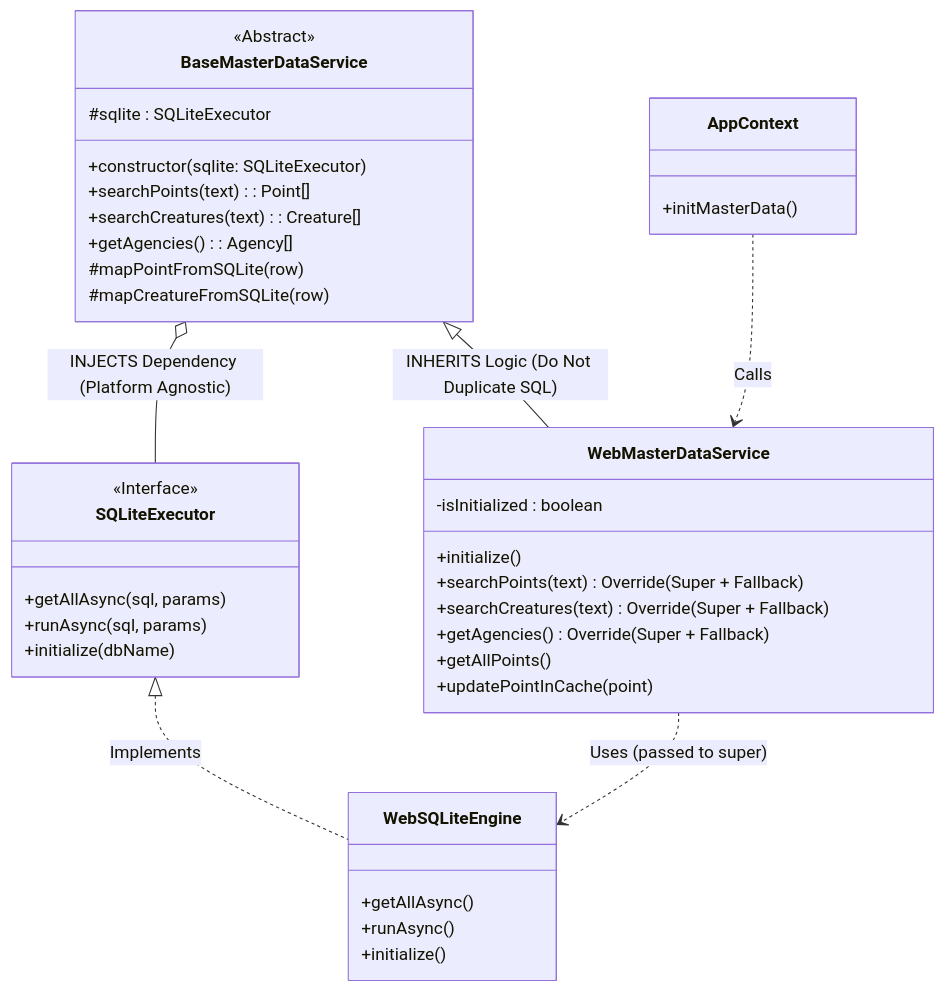
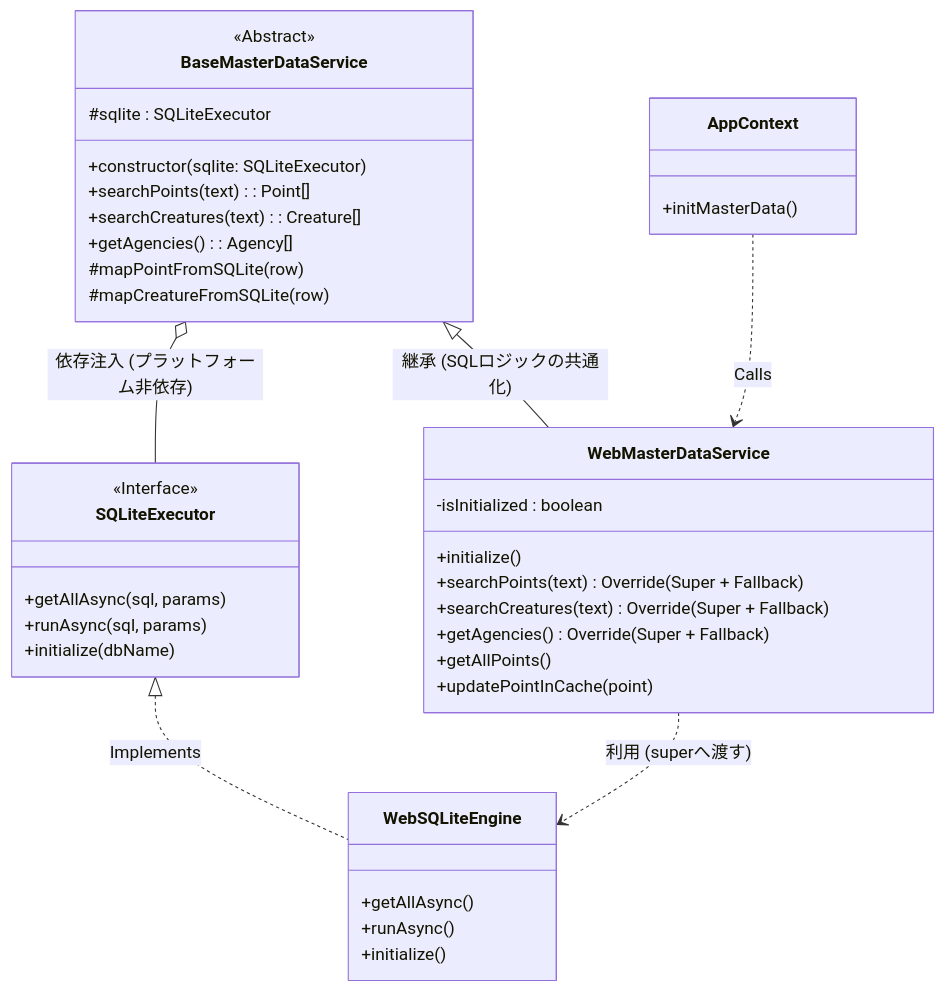
One commit to cloud-solutions-ttakeuchi/wedive changed the fifth of 8 diagrams in DATABASE_DESIGN.md. Above: the diagram before and after it, drawn with Mermaid. The commit also changed other lines of this file, not shown here.

````diff
--- a/DATABASE_DESIGN.md
+++ b/DATABASE_DESIGN.md
@@ -668,50 +682,50 @@
 ```mermaid
 classDiagram
-    %% --- Abstractions (Shared Library: wedive-shared) ---
+    %% --- 抽象層 (Shared Library: wedive-shared) ---
     class SQLiteExecutor {
         <<Interface>>
         +getAllAsync(sql, params)
         +runAsync(sql, params)
         +initialize(dbName)
     }
 
     class BaseMasterDataService {
         <<Abstract>>
         #sqlite : SQLiteExecutor
         +constructor(sqlite: SQLiteExecutor)
         +searchPoints(text) : Point[]
         +searchCreatures(text) : Creature[]
         +getAgencies() : Agency[]
         #mapPointFromSQLite(row)
         #mapCreatureFromSQLite(row)
     }
 
-    %% --- Implementations (Web/App Local) ---
+    %% --- 実装層 (Web/App Local) ---
     class WebSQLiteEngine {
         +getAllAsync()
         +runAsync()
         +initialize()
     }
     
     class WebMasterDataService {
         -isInitialized : boolean
         +initialize()
         +searchPoints(text) : Override (Super + Fallback)
         +searchCreatures(text) : Override (Super + Fallback)
         +getAgencies() : Override (Super + Fallback)
         +getAllPoints()
         +updatePointInCache(point)
     }
 
-    %% --- Dependencies & Inheritance ---
+    %% --- 依存と継承 ---
     SQLiteExecutor <|.. WebSQLiteEngine : Implements
-    BaseMasterDataService <|-- WebMasterDataService : INHERITS Logic (Do Not Duplicate SQL)
-    BaseMasterDataService o-- SQLiteExecutor : INJECTS Dependency (Platform Agnostic)
-    WebMasterDataService ..> WebSQLiteEngine : Uses (passed to super)
+    BaseMasterDataService <|-- WebMasterDataService : 継承 (SQLロジックの共通化)
+    BaseMasterDataService o-- SQLiteExecutor : 依存注入 (プラットフォーム非依存)
+    WebMasterDataService ..> WebSQLiteEngine : 利用 (superへ渡す)
 
-    %% --- Consumer ---
+    %% --- 利用者 ---
     class AppContext {
         +initMasterData()
     }
     AppContext ..> WebMasterDataService : Calls
 ```
````
